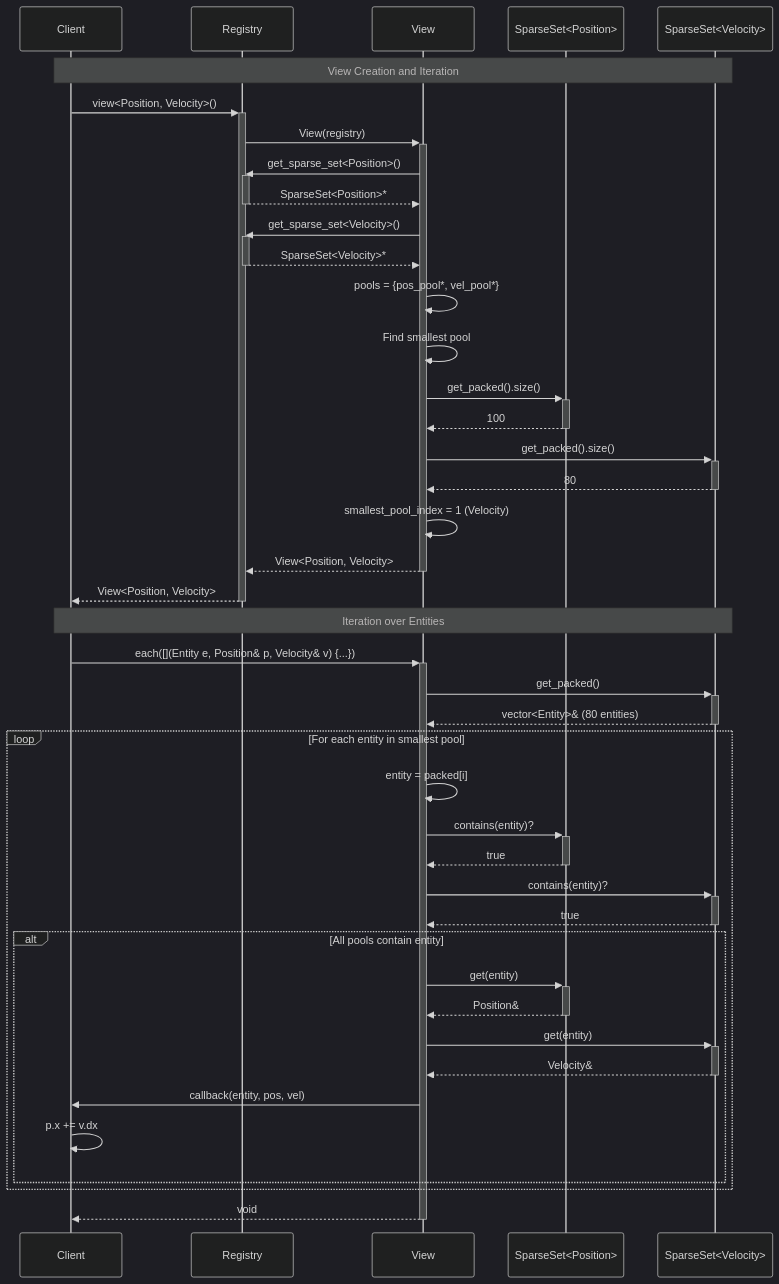
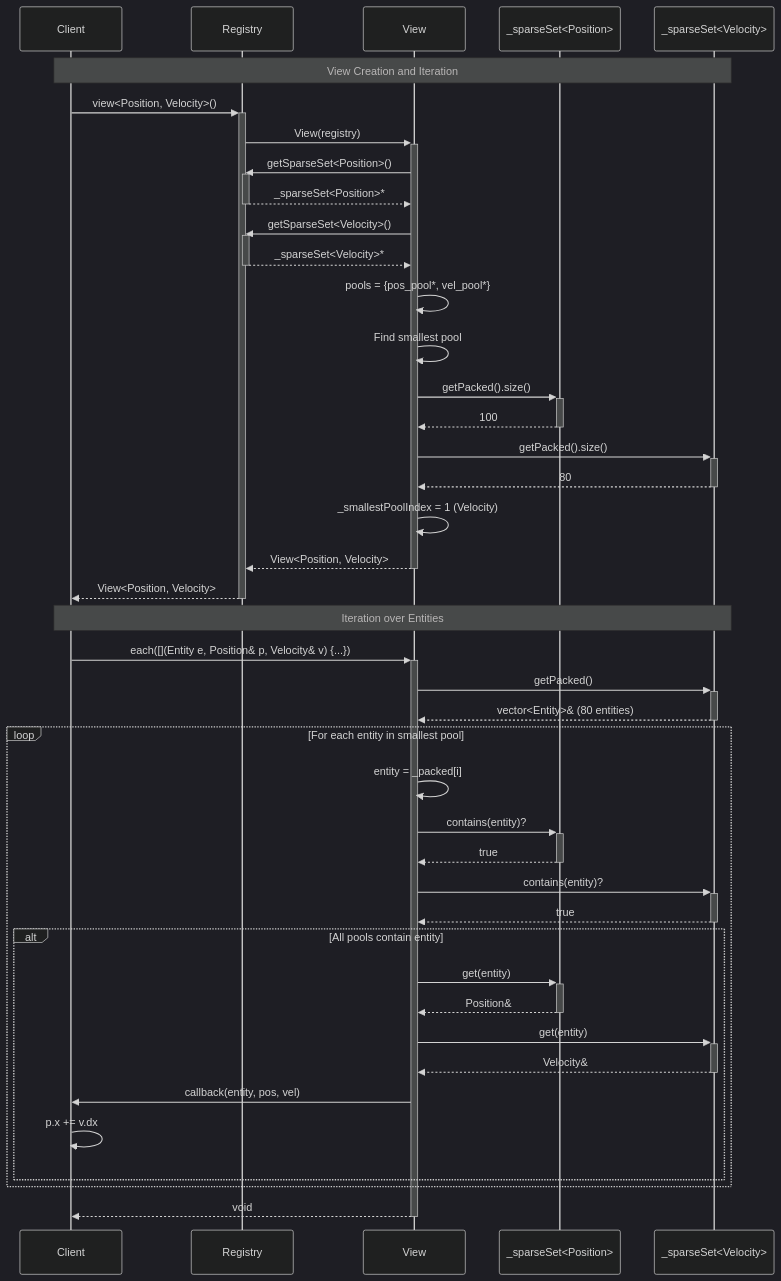
The fifth of 12 diagrams in doc/ecs/19_architecture_diagrams.md (My-Epitech-Organisation/Rtype), drawn with Mermaid (dark theme) before and after one commit. The commit also changed other lines of this file and 48 other files, not shown here.

````diff
--- a/doc/ecs/19_architecture_diagrams.md
+++ b/doc/ecs/19_architecture_diagrams.md
@@ -605,65 +605,65 @@
 ```mermaid
 sequenceDiagram
     participant Client
     participant Registry
     participant View
-    participant SparseSet1 as SparseSet<Position>
-    participant SparseSet2 as SparseSet<Velocity>
+    participant _sparseSet1 as _sparseSet<Position>
+    participant _sparseSet2 as _sparseSet<Velocity>
     
     %% View Creation
-    Note over Client,SparseSet2: View Creation and Iteration
+    Note over Client,_sparseSet2: View Creation and Iteration
     
     Client->>+Registry: view<Position, Velocity>()
     Registry->>+View: View(registry)
     
-    View->>+Registry: get_sparse_set<Position>()
-    Registry-->>-View: SparseSet<Position>*
+    View->>+Registry: getSparseSet<Position>()
+    Registry-->>-View: _sparseSet<Position>*
     
-    View->>+Registry: get_sparse_set<Velocity>()
-    Registry-->>-View: SparseSet<Velocity>*
+    View->>+Registry: getSparseSet<Velocity>()
+    Registry-->>-View: _sparseSet<Velocity>*
     
     View->>View: pools = {pos_pool*, vel_pool*}
     View->>View: Find smallest pool
     
-    View->>+SparseSet1: get_packed().size()
-    SparseSet1-->>-View: 100
+    View->>+_sparseSet1: getPacked().size()
+    _sparseSet1-->>-View: 100
     
-    View->>+SparseSet2: get_packed().size()
-    SparseSet2-->>-View: 80
+    View->>+_sparseSet2: getPacked().size()
+    _sparseSet2-->>-View: 80
     
-    View->>View: smallest_pool_index = 1 (Velocity)
+    View->>View: _smallestPoolIndex = 1 (Velocity)
     
     View-->>-Registry: View<Position, Velocity>
     Registry-->>-Client: View<Position, Velocity>
     
     %% View Iteration
-    Note over Client,SparseSet2: Iteration over Entities
+    Note over Client,_sparseSet2: Iteration over Entities
     
     Client->>+View: each([](Entity e, Position& p, Velocity& v) {...})
     
-    View->>+SparseSet2: get_packed()
-    SparseSet2-->>-View: vector<Entity>& (80 entities)
+    View->>+_sparseSet2: getPacked()
+    _sparseSet2-->>-View: vector<Entity>& (80 entities)
     
     loop For each entity in smallest pool
-        View->>View: entity = packed[i]
+        View->>View: entity = _packed[i]
         
-        View->>+SparseSet1: contains(entity)?
-        SparseSet1-->>-View: true
+        View->>+_sparseSet1: contains(entity)?
+        _sparseSet1-->>-View: true
         
-        View->>+SparseSet2: contains(entity)?
-        SparseSet2-->>-View: true
+        View->>+_sparseSet2: contains(entity)?
+        _sparseSet2-->>-View: true
         
         alt All pools contain entity
-            View->>+SparseSet1: get(entity)
-            SparseSet1-->>-View: Position&
+            View->>+_sparseSet1: get(entity)
+            _sparseSet1-->>-View: Position&
             
-            View->>+SparseSet2: get(entity)
-            SparseSet2-->>-View: Velocity&
+            View->>+_sparseSet2: get(entity)
+            _sparseSet2-->>-View: Velocity&
             
             View->>Client: callback(entity, pos, vel)
             Client->>Client: p.x += v.dx
         end
     end
     
     View-->>-Client: void
 ```
````
